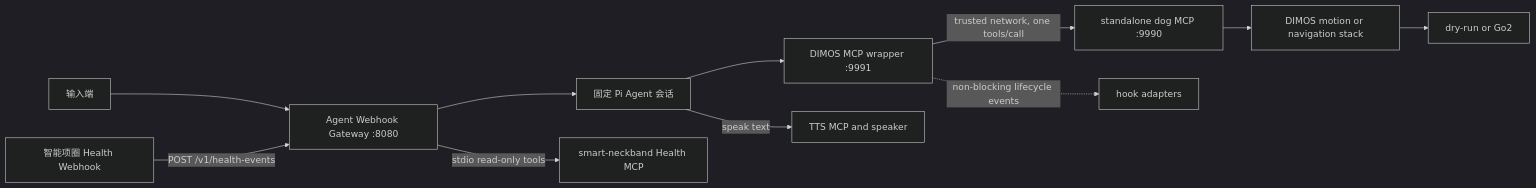
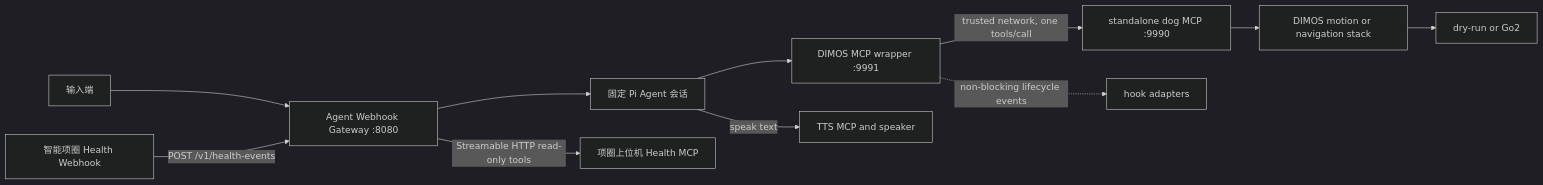
Before and after one commit to J9HSON/agent: the diagram in CONTEXT.md, drawn with Mermaid (dark theme). The commit also changed other lines of this file and 10 other files, not shown here.

First line of the commit message:
Health: use Streamable HTTP MCP transport

````diff
--- a/CONTEXT.md
+++ b/CONTEXT.md
@@ -39,13 +39,13 @@
 ```mermaid
 flowchart LR
     I[输入端] --> G[Agent Webhook Gateway :8080]
     G --> A[固定 Pi Agent 会话]
     A --> B[DIMOS MCP wrapper :9991]
     B -->|trusted network, one tools/call| C[standalone dog MCP :9990]
     C --> D[DIMOS motion or navigation stack]
     D --> E[dry-run or Go2]
     B -. non-blocking lifecycle events .-> F[hook adapters]
     A -->|speak text| T[TTS MCP and speaker]
     H[智能项圈 Health Webhook] -->|POST /v1/health-events| G
-    G -->|stdio read-only tools| M[smart-neckband Health MCP]
+    G -->|Streamable HTTP read-only tools| M[项圈上位机 Health MCP]
 ```
````
